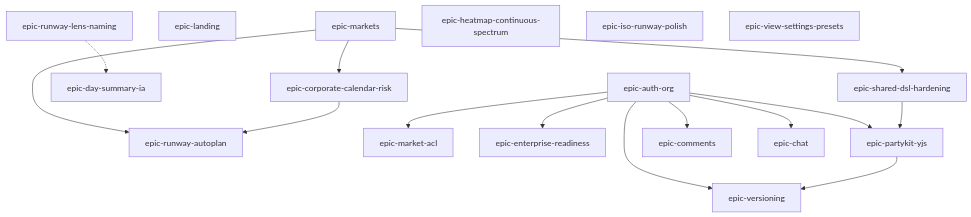
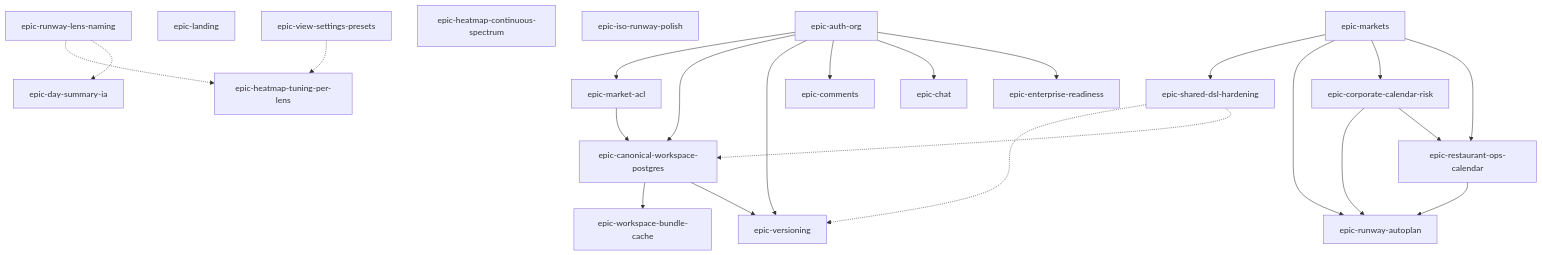
One commit to littleroboto/capacity changed the diagram in docs/BACKLOG_EPICS.md. Above: the diagram before and after it, drawn with Mermaid. The commit also changed other lines of this file and 92 other files, not shown here.

First line of the commit message:
feat: runway heatmaps per lens, remove PartyKit collab, Supabase workspace

````diff
--- a/docs/BACKLOG_EPICS.md
+++ b/docs/BACKLOG_EPICS.md
@@ -417,33 +494,44 @@
 ```mermaid
 flowchart TD
   A[epic-markets]
   B[epic-landing]
   C[epic-shared-dsl-hardening]
   U1[epic-runway-lens-naming]
   U2[epic-heatmap-continuous-spectrum]
   U3[epic-day-summary-ia]
   U4[epic-iso-runway-polish]
   U5[epic-view-settings-presets]
+  U6[epic-heatmap-tuning-per-lens]
   P[epic-runway-autoplan]
   R[epic-corporate-calendar-risk]
+  RO[epic-restaurant-ops-calendar]
   D[epic-auth-org]
   M[epic-market-acl]
+  W[epic-canonical-workspace-postgres]
+  K[epic-workspace-bundle-cache]
   Q[epic-enterprise-readiness]
-  E[epic-partykit-yjs]
   F[epic-versioning]
   G[epic-comments]
   H[epic-chat]
   A --> C
   A --> P
   A --> R
   R --> P
+  R --> RO
+  RO --> P
+  A --> RO
+  U1 -.-> U6
+  U5 -.-> U6
   D --> M
-  D --> E
+  D --> W
+  M --> W
+  W --> K
+  W --> F
   D --> F
   D --> G
   D --> H
   D --> Q
-  E --> F
-  C --> E
+  C -.-> F
+  C -.-> W
   U1 -.-> U3
 ```
````
